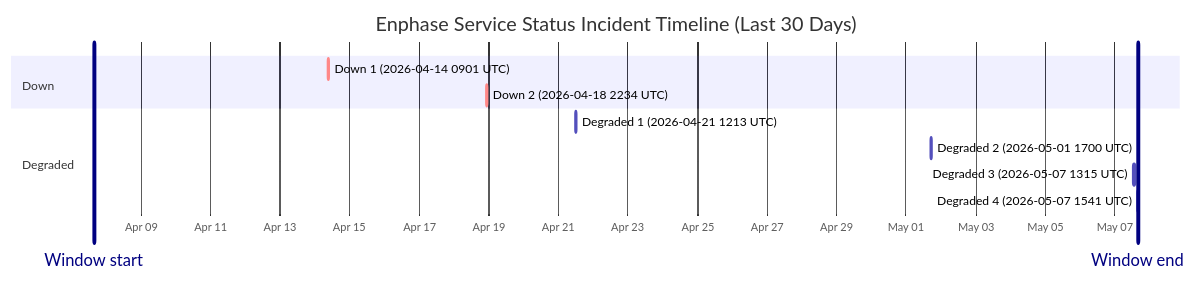
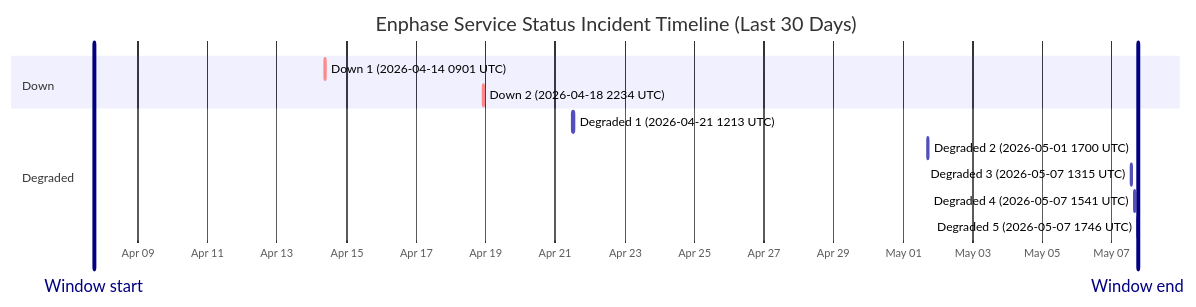
One commit to barneyonline/ha-enphase-ev-charger changed the diagram in wiki/Service-Status-History.md. Above: the diagram before and after it, drawn with Mermaid. The commit also changed other lines of this file and 3 other files, not shown here.

````diff
--- a/wiki/Service-Status-History.md
+++ b/wiki/Service-Status-History.md
@@ -14,16 +14,17 @@
 ```mermaid
 gantt
     title Enphase Service Status Incident Timeline (Last 30 Days)
     dateFormat  YYYY-MM-DDTHH:mm:ss
     axisFormat  %b %d
-    Window start :vert, window-start, 2026-04-07T15:41:58, 0ms
-    Window end :vert, window-end, 2026-05-07T15:41:58, 0ms
+    Window start :vert, window-start, 2026-04-07T17:46:51, 0ms
+    Window end :vert, window-end, 2026-05-07T17:46:51, 0ms
     section Down
     Down 1 (2026-04-14 0901 UTC) :crit, down-1, 2026-04-14T09:01:13, 60m
     Down 2 (2026-04-18 2234 UTC) :crit, down-2, 2026-04-18T22:34:13, 60m
     section Degraded
     Degraded 1 (2026-04-21 1213 UTC) :active, degraded-1, 2026-04-21T12:13:11, 60m
     Degraded 2 (2026-05-01 1700 UTC) :active, degraded-2, 2026-05-01T17:00:22, 60m
     Degraded 3 (2026-05-07 1315 UTC) :active, degraded-3, 2026-05-07T13:15:25, 60m
     Degraded 4 (2026-05-07 1541 UTC) :active, degraded-4, 2026-05-07T15:41:58, 60m
+    Degraded 5 (2026-05-07 1746 UTC) :active, degraded-5, 2026-05-07T17:46:51, 60m
 ```
````
